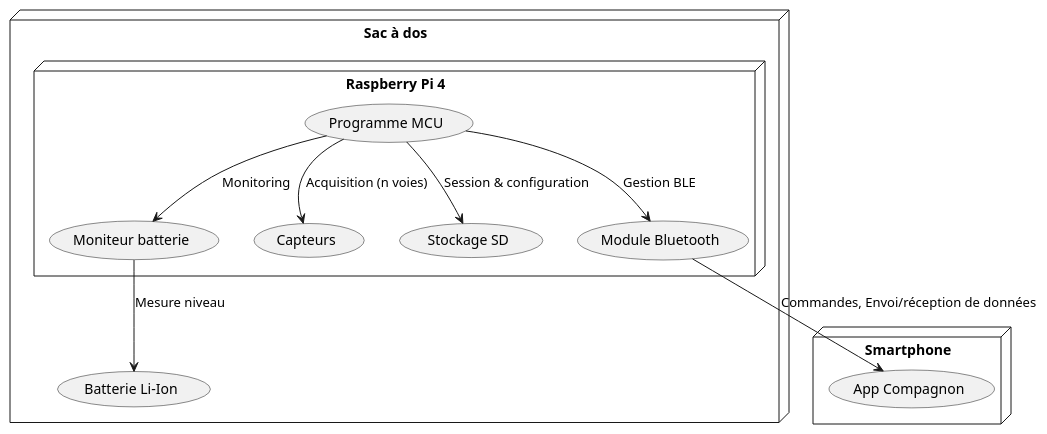
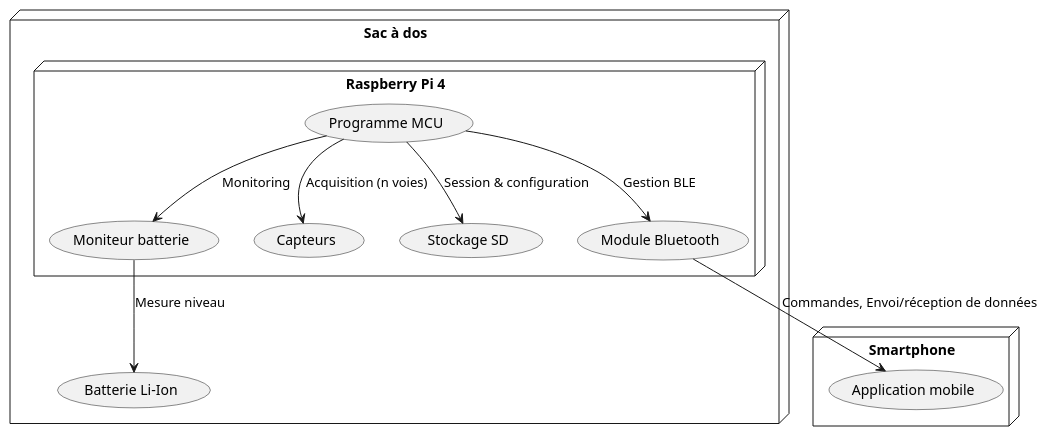
Before and after one commit to maxpermal/maxpermal.github.io: the second of 6 diagrams in index.md, drawn with PlantUML. The commit also changed other lines of this file, not shown here.

`````diff
--- a/index.md
+++ b/index.md
@@ -445,33 +166,34 @@
 ````plantuml
+
+
 ' ██████╗ ███████╗██████╗ ██╗      ██████╗ ██╗███████╗███╗   ███╗███████╗███╗   ██╗████████╗
 ' ██╔══██╗██╔════╝██╔══██╗██║     ██╔═══██╗██║██╔════╝████╗ ████║██╔════╝████╗  ██║╚══██╔══╝
-' ██║  ██║█████╗  ██████╔╝██║     ██║   ██║██║█████╗  ██╔████╔██║█████╗  ██╔██╗ ██║   ██║   
-' ██║  ██║██╔══╝  ██╔═══╝ ██║     ██║   ██║██║██╔══╝  ██║╚██╔╝██║██╔══╝  ██║╚██╗██║   ██║   
-' ██████╔╝███████╗██║     ███████╗╚██████╔╝██║███████╗██║ ╚═╝ ██║███████╗██║ ╚████║   ██║   
-' ╚═════╝ ╚══════╝╚═╝     ╚══════╝ ╚═════╝ ╚═╝╚══════╝╚═╝     ╚═╝╚══════╝╚═╝  ╚═══╝   ╚═╝   
-                                                                                          
- @startuml 1_Deployment_diagram
+' ██║  ██║█████╗  ██████╔╝██║     ██║   ██║██║█████╗  ██╔████╔██║█████╗  ██╔██╗ ██║   ██║
+' ██║  ██║██╔══╝  ██╔═══╝ ██║     ██║   ██║██║██╔══╝  ██║╚██╔╝██║██╔══╝  ██║╚██╗██║   ██║
+' ██████╔╝███████╗██║     ███████╗╚██████╔╝██║███████╗██║ ╚═╝ ██║███████╗██║ ╚████║   ██║
+' ╚═════╝ ╚══════╝╚═╝     ╚══════╝ ╚═════╝ ╚═╝╚══════╝╚═╝     ╚═╝╚══════╝╚═╝  ╚═══╝   ╚═╝
+
+@startuml 1_Deployment_diagram
 node "Sac à dos" {
   node "Raspberry Pi 4" {
     component (Programme MCU) as C_MCU
     component (Module Bluetooth) as C_BLE
     component (Capteurs)  as C_SENS
     component (Stockage SD) as C_SD
     component (Moniteur batterie) as C_BM
   }
   artifact (Batterie Li-Ion) as B_Liion
 }
 
 node "Smartphone" {
-  component (App Compagnon) as C_App
+  component (Application mobile) as C_App
 }
 
 C_MCU --> C_BLE : Gestion BLE
 C_MCU --> C_SENS : Acquisition (n voies)
 C_MCU --> C_SD : Session & configuration
 C_MCU --> C_BM : Monitoring
 C_BM --> B_Liion  : Mesure niveau
 C_BLE--> C_App :  Commandes, Envoi/réception de données
 @enduml
-
 ````
`````
